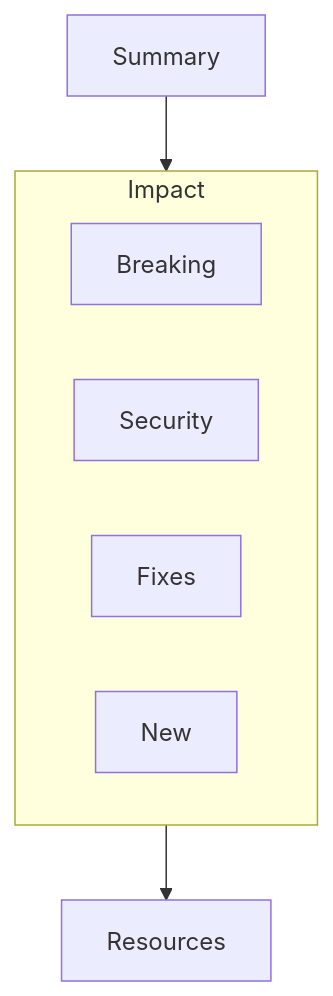
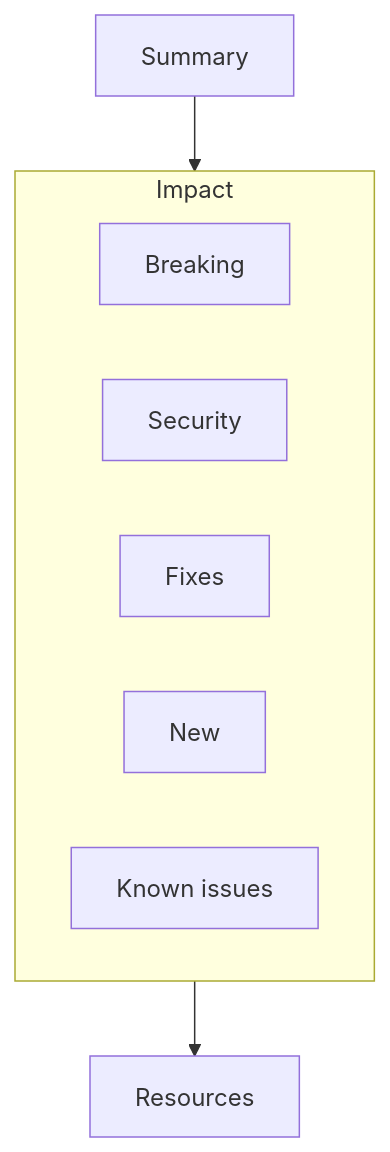
Before and after one commit to ninadpathak/ninadpathak: the diagram in content/diagrams/writing-release-notes/release-layers.narrow.mmd, drawn with Mermaid. The commit also changed 28 other files, not shown here.

```diff
--- a/content/diagrams/writing-release-notes/release-layers.narrow.mmd
+++ b/content/diagrams/writing-release-notes/release-layers.narrow.mmd
@@ -1,22 +1,24 @@
 %% @width 288
 %% @kicker Release information by depth
-%% @alt A release note reads in three layers. The summary comes first with version, date, compatibility, and the action required. Impact comes second: breaking changes, security and support notes, fixes, and new capabilities. Resources such as the migration guide and reference changes come last, for readers who need the implementation detail.
+%% @alt A release note reads in three layers. The summary comes first with version, date, compatibility, and the action required. Impact comes second: breaking changes, security and support notes, fixes, new capabilities, and known issues with their workarounds. Resources such as the migration guide and reference changes come last, for readers who need the implementation detail.
 %% @glyph sum | doc w=40
 %% @glyph brk | doc flag w=40
 %% @glyph sec | doc lock w=40
 %% @glyph fix | doc check w=40
 %% @glyph new | action w=40
+%% @glyph known | doc question w=40
 %% @glyph res | outline w=40
 %% @spacing 8,26
 flowchart TB
   sum["Summary"]:::focal
   subgraph impact [Impact]
     direction LR
     brk["Breaking"]:::accent
     sec["Security"]
     fix["Fixes"]
     new["New"]
+    known["Known issues"]
   end
   res["Resources"]
   sum --> impact
   impact --> res
```
